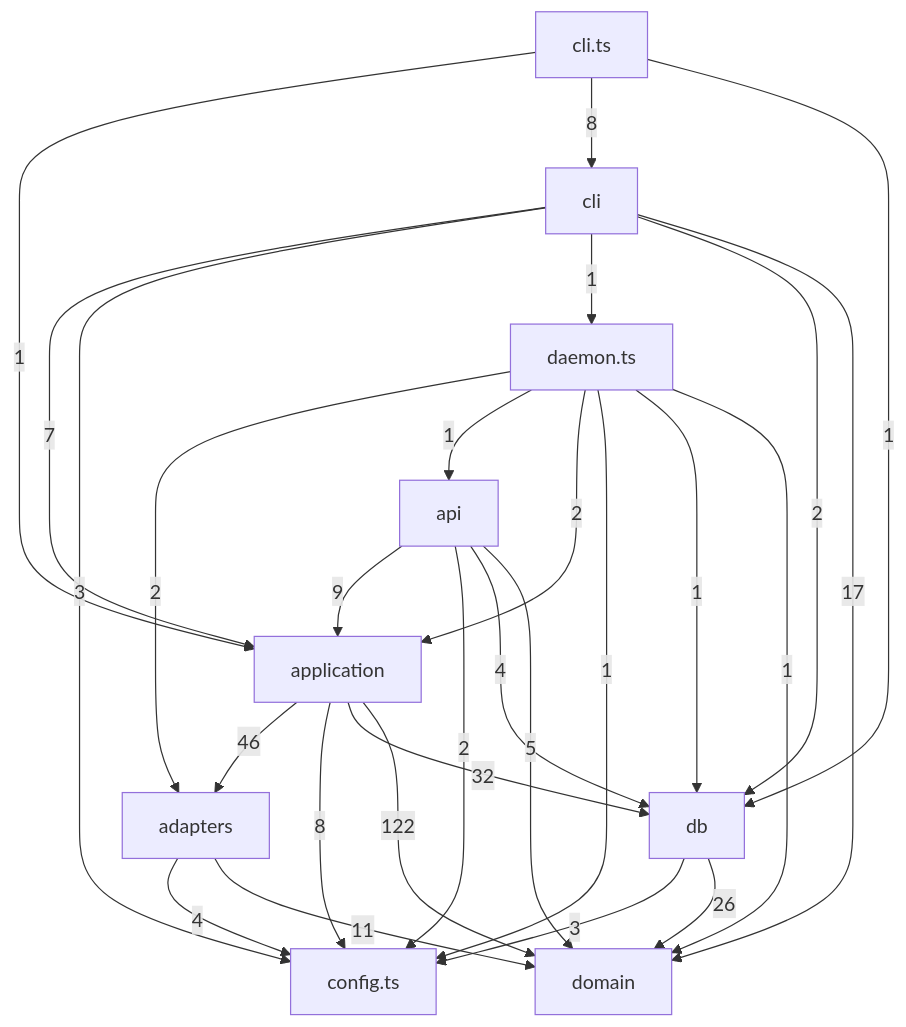
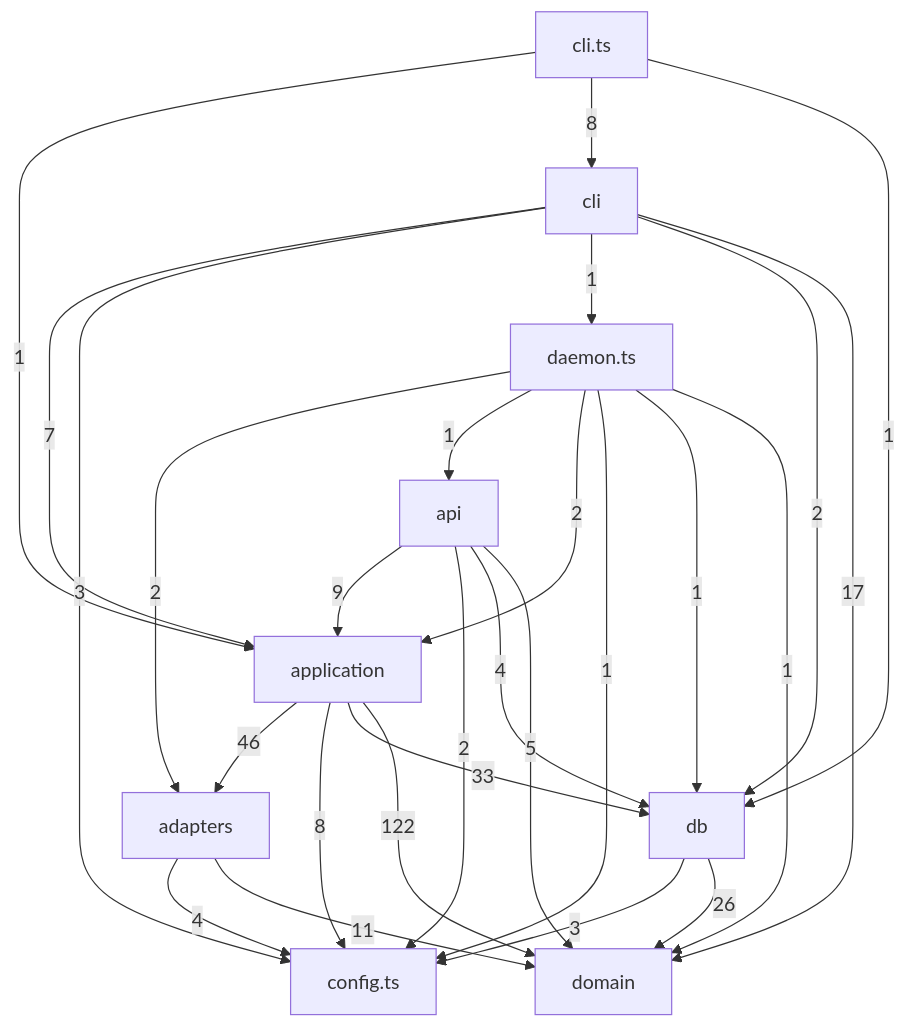
Before and after one commit to tomrobdev/agentdeck: the third of 5 diagrams in docs/architecture.md, drawn with Mermaid. The commit also changed 5 other files, not shown here.

````diff
--- a/docs/architecture.md
+++ b/docs/architecture.md
@@ -105,38 +105,38 @@
 ```mermaid
 flowchart TD
   adapters["adapters"]
   api["api"]
   application["application"]
   cli["cli"]
   cli_ts["cli.ts"]
   config_ts["config.ts"]
   daemon_ts["daemon.ts"]
   db["db"]
   domain["domain"]
   adapters -->|4| config_ts
   adapters -->|11| domain
   api -->|9| application
   api -->|2| config_ts
   api -->|4| db
   api -->|5| domain
   application -->|46| adapters
   application -->|8| config_ts
-  application -->|32| db
+  application -->|33| db
   application -->|122| domain
   cli_ts -->|1| application
   cli_ts -->|8| cli
   cli_ts -->|1| db
   cli -->|7| application
   cli -->|3| config_ts
   cli -->|1| daemon_ts
   cli -->|2| db
   cli -->|17| domain
   daemon_ts -->|2| adapters
   daemon_ts -->|1| api
   daemon_ts -->|2| application
   daemon_ts -->|1| config_ts
   daemon_ts -->|1| db
   daemon_ts -->|1| domain
   db -->|3| config_ts
   db -->|26| domain
 ```
````
